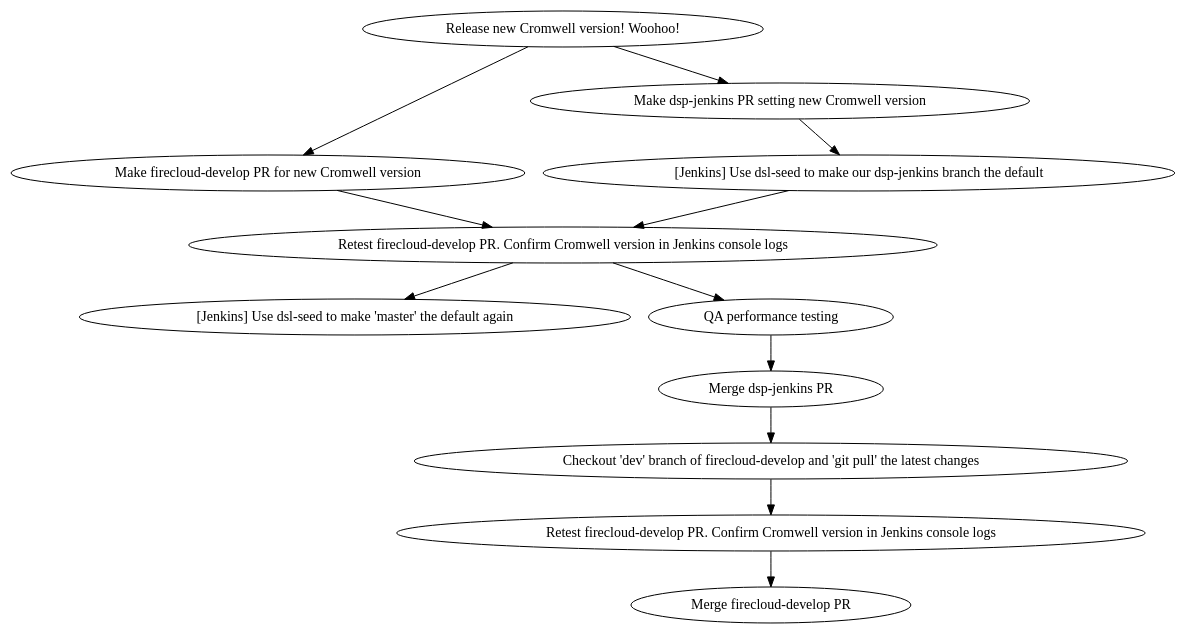
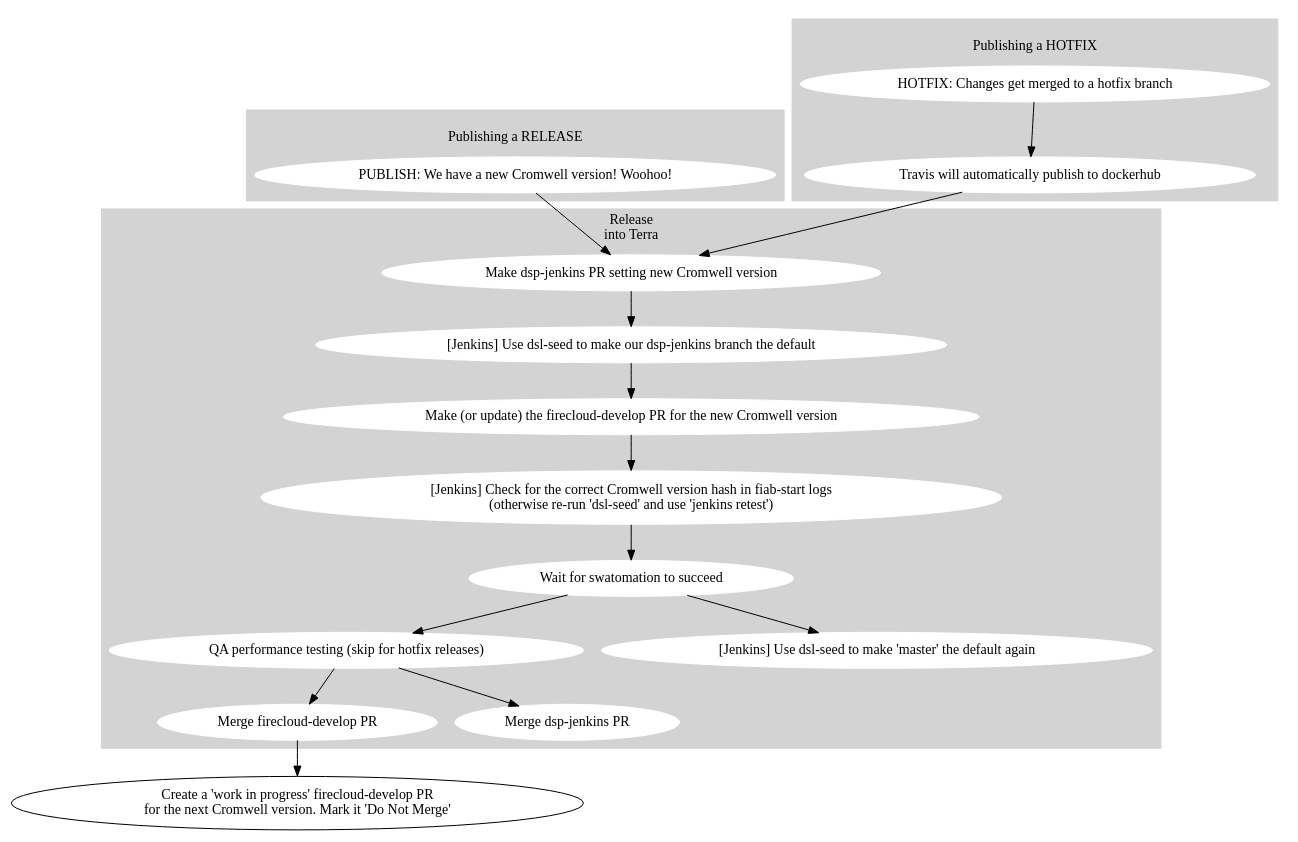
Before and after one commit to broadinstitute/cromwell: the diagram in scripts/release_processes/firecloud-develop.dot, drawn with Graphviz. The commit also changed 4 other files, not shown here.

Commit message:
Refactor publish/release graphs

```diff
--- a/scripts/release_processes/firecloud-develop.dot
+++ b/scripts/release_processes/firecloud-develop.dot
@@ -1,41 +1,72 @@
 digraph {
 
   # Nodes
 
-  release_cromwell [shape=oval label="Release new Cromwell version! Woohoo!"];
+  subgraph cluster_0 {
+    label="\lPublishing a RELEASE"
+    style=filled
+    node [style=filled,color=white];
+    color="lightgrey"
 
-  fcdev_branch [shape=oval label="Make firecloud-develop PR for new Cromwell version"];
-  fcdev_test [shape=oval label="Retest firecloud-develop PR. Confirm Cromwell version in Jenkins console logs"];
-  fcdev_update_dev [shape=oval label="Checkout 'dev' branch of firecloud-develop and 'git pull' the latest changes"];
-  fcdev_final_swatomation [shape=oval label="Retest firecloud-develop PR. Confirm Cromwell version in Jenkins console logs"];
-  fcdev_merge [shape=oval label="Merge firecloud-develop PR"];
+    release_cromwell [shape=oval label="PUBLISH: We have a new Cromwell version! Woohoo!"];
+  }
 
-  dspjenkins_PR [shape=oval label="Make dsp-jenkins PR setting new Cromwell version"];
-  dspjenkins_merge [shape=oval label="Merge dsp-jenkins PR"];
+  subgraph cluster_1 {
+    label="\lPublishing a HOTFIX"
+    style=filled
+    node [style=filled,color=white];
+    color="lightgrey"
 
-  jenkins_set [shape=oval label="[Jenkins] Use dsl-seed to make our dsp-jenkins branch the default"];
-  jenkins_reset [shape=oval label="[Jenkins] Use dsl-seed to make 'master' the default again"];
+    hotfix_changes [shape=oval label="HOTFIX: Changes get merged to a hotfix branch"];
+    publish_hotfix [shape=oval label="Travis will automatically publish to dockerhub"];
+  }
 
-  qa_perf [shape=oval label="QA performance testing"];
+  subgraph cluster_2 {
+    label="Release\ninto Terra"
+    style=filled
+    node [style=filled,color=white];
+    color="lightgrey"
+
+    fcdev_pr [shape=oval label="Make (or update) the firecloud-develop PR for the new Cromwell version"];
+    confirm_cromwell_v [shape=oval label="[Jenkins] Check for the correct Cromwell version hash in fiab-start logs\n(otherwise re-run 'dsl-seed' and use 'jenkins retest')"];
+    confirm_cromwell_v [shape=oval label="[Jenkins] Check for the correct Cromwell version hash in fiab-start logs\n(otherwise re-run 'dsl-seed' and use 'jenkins retest')"];
+    fcdev_success [shape=oval label="Wait for swatomation to succeed"];
+
+    fcdev_merge [shape=oval label="Merge firecloud-develop PR"];
+
+    dspjenkins_PR [shape=oval label="Make dsp-jenkins PR setting new Cromwell version"];
+    dspjenkins_merge [shape=oval label="Merge dsp-jenkins PR"];
+
+    qa_perf [shape=oval label="QA performance testing (skip for hotfix releases)"];
+
+    jenkins_set [shape=oval label="[Jenkins] Use dsl-seed to make our dsp-jenkins branch the default"];
+    jenkins_reset [shape=oval label="[Jenkins] Use dsl-seed to make 'master' the default again"];
+
+  }
+
+  fcdev_upnext [shape=oval label="Create a 'work in progress' firecloud-develop PR\nfor the next Cromwell version. Mark it 'Do Not Merge'"];
 
   # Edges
 
-  release_cromwell -> fcdev_branch
+  hotfix_changes -> publish_hotfix
+  publish_hotfix -> dspjenkins_PR
+
   release_cromwell -> dspjenkins_PR
 
-  fcdev_branch -> fcdev_test
+  fcdev_pr -> confirm_cromwell_v
 
   dspjenkins_PR -> jenkins_set
 
-  jenkins_set -> fcdev_test
+  jenkins_set -> fcdev_pr
+  confirm_cromwell_v -> fcdev_success
 
-  fcdev_test -> jenkins_reset
-
-  fcdev_test -> qa_perf
+  fcdev_success -> jenkins_reset
+  fcdev_success -> qa_perf
 
   qa_perf -> dspjenkins_merge
+  qa_perf -> fcdev_merge
 
-  dspjenkins_merge -> fcdev_update_dev
-  fcdev_update_dev -> fcdev_final_swatomation
-  fcdev_final_swatomation -> fcdev_merge
+  fcdev_merge -> fcdev_upnext
+
+
 }
```
